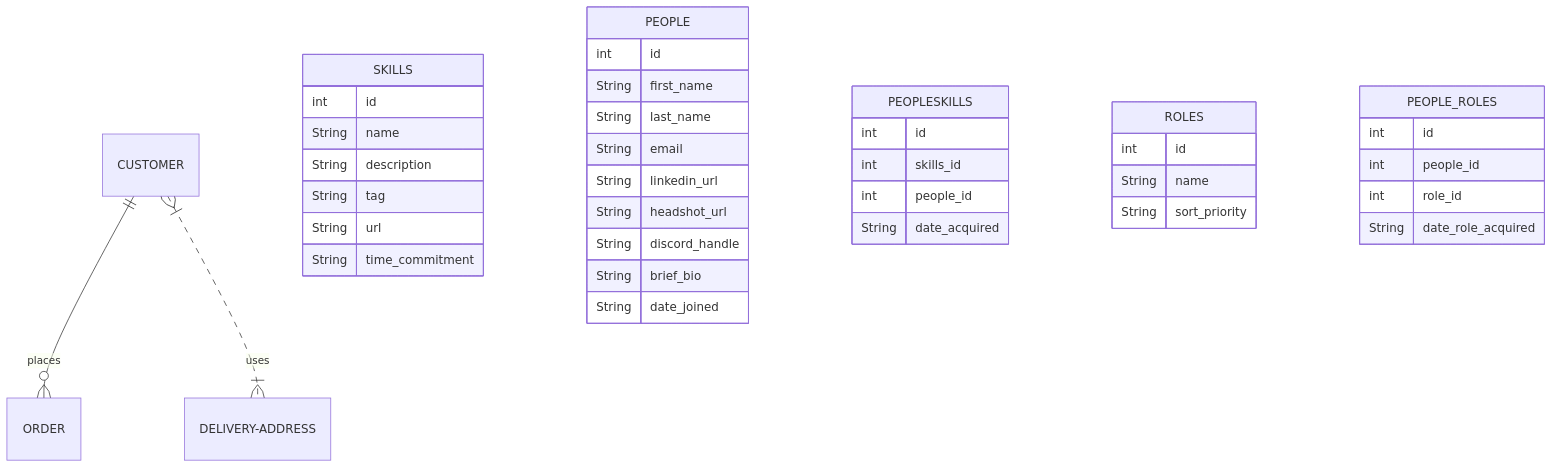
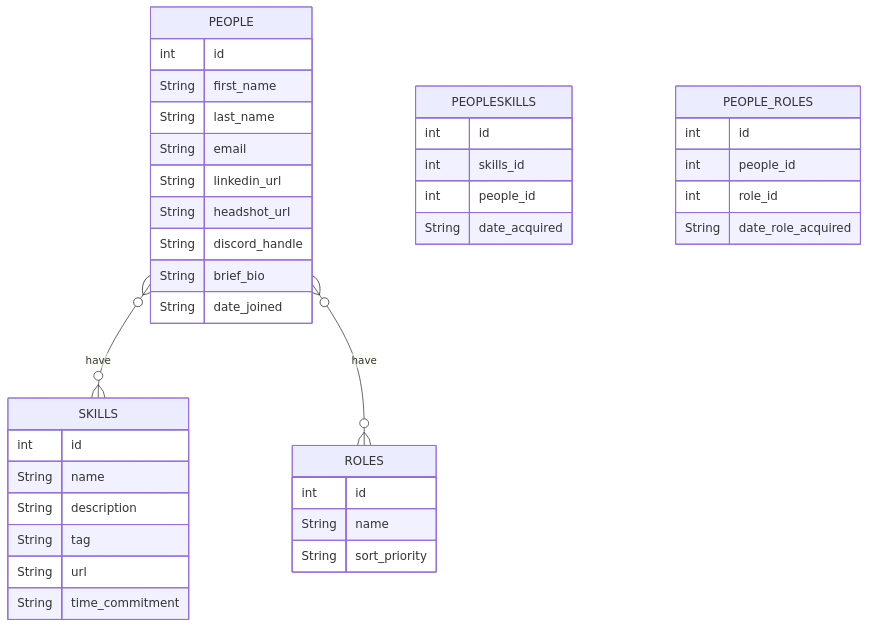
Before and after one commit to cmsc-vcu/cmsc508-fa2023-hw7-nguyennhn: the diagram in hw7/hw7.qmd, drawn with Mermaid. The commit also changed 1 other file, not shown here.

Commit message:
Error gone, connected to db, edited crow's foot

````diff
--- a/hw7/hw7.qmd
+++ b/hw7/hw7.qmd
@@ -101,43 +101,44 @@
 ```{mermaid}
 %%| echo: false
 erDiagram
-    CUSTOMER ||--o{ ORDER : places
-    CUSTOMER }|..|{ DELIVERY-ADDRESS : uses
+    PEOPLE }o--o{ SKILLS : have
+    PEOPLE }o--o{ ROLES : have
+    
     SKILLS{
         int id
         String name
         String description
         String tag
         String url
         String time_commitment
     }
     PEOPLE{
         int id
         String first_name
         String last_name
         String email
         String linkedin_url
         String headshot_url
         String discord_handle
         String brief_bio
         String date_joined
     }
     PEOPLESKILLS{
         int id
         int skills_id
         int people_id
         String date_acquired
     }
     ROLES{
         int id
         String name
         String sort_priority
     }
     PEOPLE_ROLES{
         int id
         int people_id
         int role_id
         String date_role_acquired
     }
     
 ```
````
